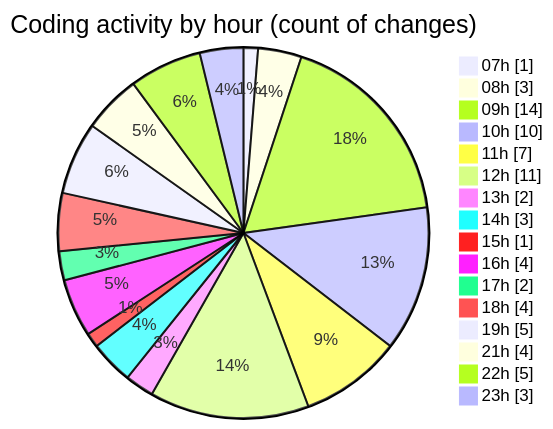
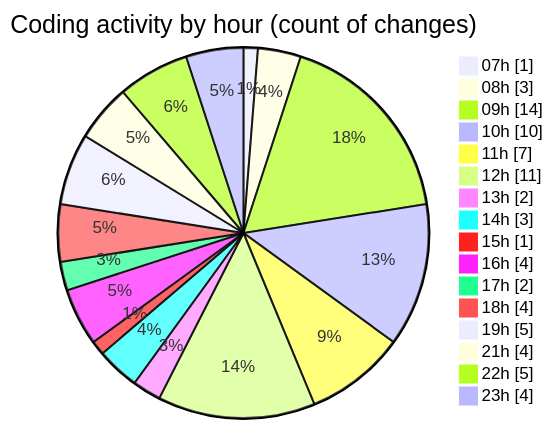
Before and after one commit to tmsrecording-cyber/code-tracking: the second of 2 diagrams in 2026-02-02/singularitybrainai/README.md, drawn with Mermaid. The commit also changed other lines of this file and 1 other file, not shown here.

````diff
--- a/2026-02-02/singularitybrainai/README.md
+++ b/2026-02-02/singularitybrainai/README.md
@@ -48,20 +48,20 @@
 ```mermaid
 pie showData
 title Coding activity by hour (count of changes)
 "07h" : 1
 "08h" : 3
 "09h" : 14
 "10h" : 10
 "11h" : 7
 "12h" : 11
 "13h" : 2
 "14h" : 3
 "15h" : 1
 "16h" : 4
 "17h" : 2
 "18h" : 4
 "19h" : 5
 "21h" : 4
 "22h" : 5
-"23h" : 3
+"23h" : 4
 ```
````
